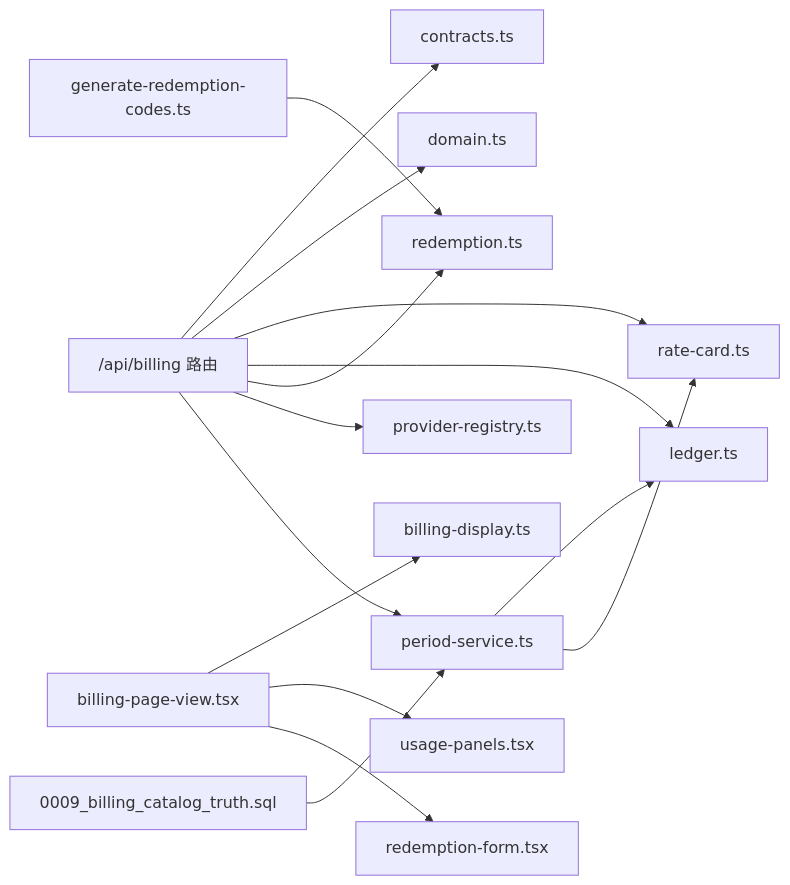
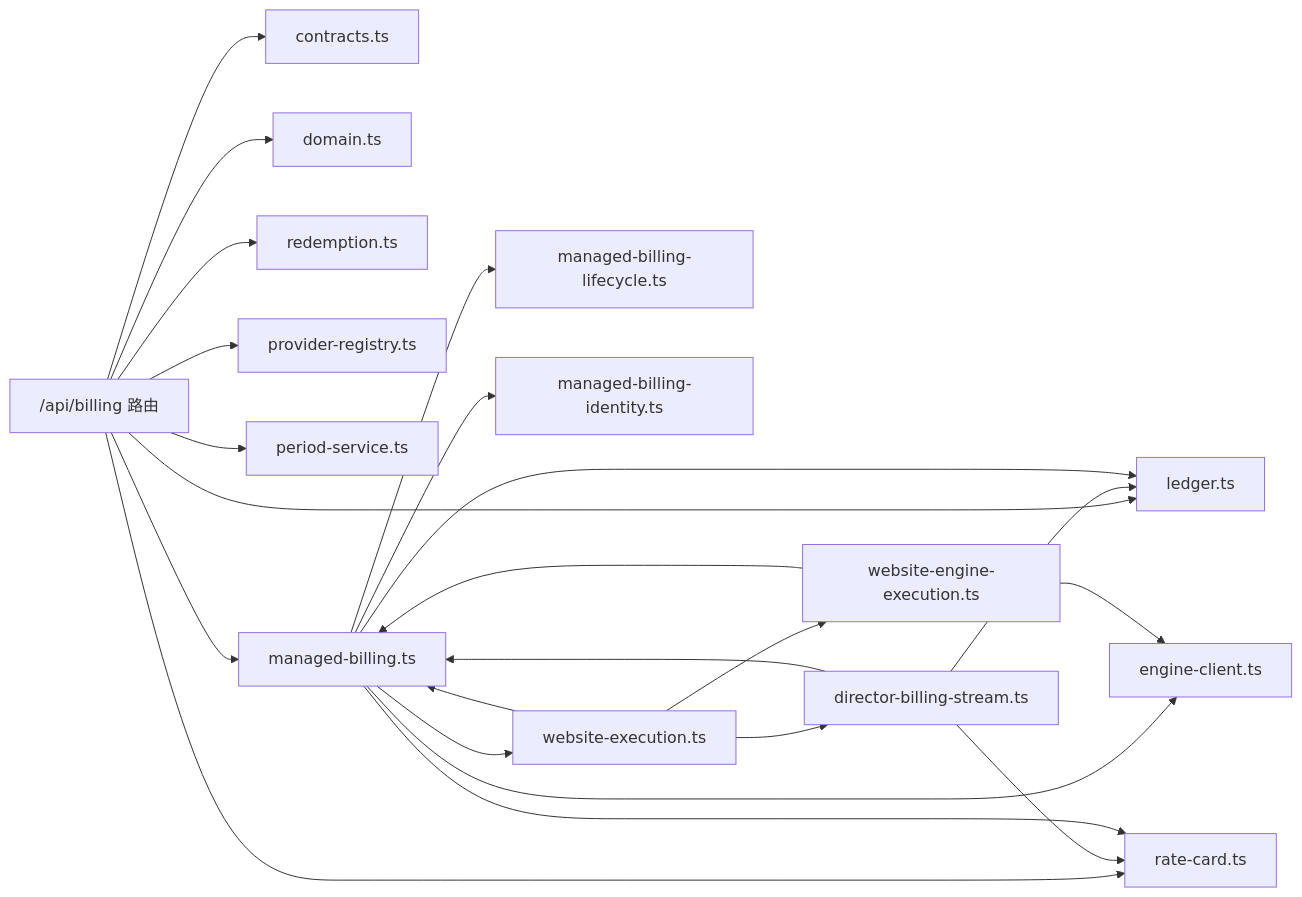
The third of 3 diagrams in .qoder/repowiki/zh/content/项目概述/计费配置/计费配置.md (scottcwy/PurpleInk), drawn with Mermaid before and after one commit. The commit also changed other lines of this file and 29 other files, not shown here.

````diff
--- a/.qoder/repowiki/zh/content/项目概述/计费配置/计费配置.md
+++ b/.qoder/repowiki/zh/content/项目概述/计费配置/计费配置.md
@@ -372,17 +395,25 @@
 ```mermaid
 graph LR
 API["/api/billing 路由"] --> Contracts["contracts.ts"]
 API --> Domain["domain.ts"]
 API --> RateCard["rate-card.ts"]
 API --> Ledger["ledger.ts"]
 API --> Redemption["redemption.ts"]
 API --> ProviderRegistry["provider-registry.ts"]
 API --> PeriodService["period-service.ts"]
-UI["billing-page-view.tsx"] --> BillingDisplay["billing-display.ts"]
-UI --> UsagePanels["usage-panels.tsx"]
-UI --> RedemptionForm["redemption-form.tsx"]
-Tools["generate-redemption-codes.ts"] --> Redemption
-DB["0009_billing_catalog_truth.sql"] --> PeriodService
-PeriodService --> Ledger
-PeriodService --> RateCard
+API --> WebsiteBilling["managed-billing.ts"]
+WebsiteBilling --> EngineClient["engine-client.ts"]
+WebsiteBilling --> BillingLifecycle["managed-billing-lifecycle.ts"]
+WebsiteBilling --> Identity["managed-billing-identity.ts"]
+WebsiteBilling --> WebsiteExecution["website-execution.ts"]
+WebsiteExecution --> WebsiteEngineExecution["website-engine-execution.ts"]
+WebsiteExecution --> DirectorBilling["director-billing-stream.ts"]
+WebsiteEngineExecution --> WebsiteBilling
+DirectorBilling --> WebsiteBilling
+WebsiteEngineExecution --> EngineClient
+DirectorBilling --> Ledger
+DirectorBilling --> RateCard
+WebsiteExecution --> WebsiteBilling
+WebsiteBilling --> Ledger
+WebsiteBilling --> RateCard
 ```
````
